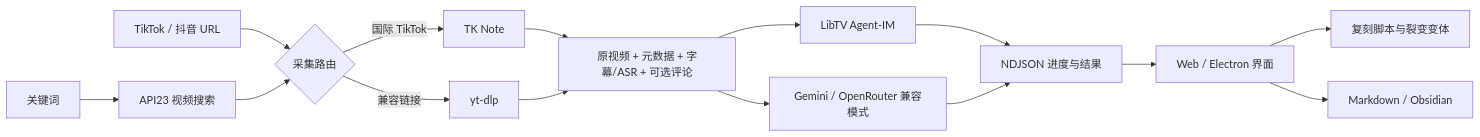
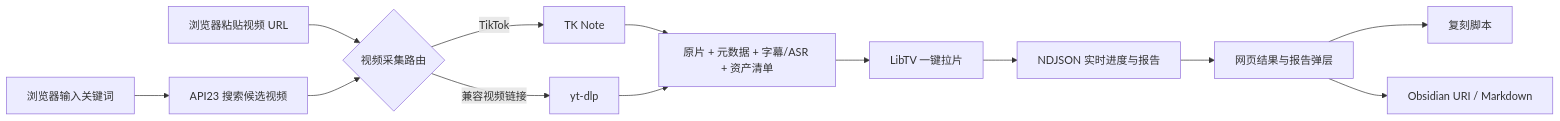
One commit to chongchonghaoman/ViralX changed the diagram in README.md. Above: the diagram before and after it, drawn with Mermaid. The commit also changed other lines of this file and 7 other files, not shown here.

````diff
--- a/README.md
+++ b/README.md
@@ -53,17 +70,15 @@
 ```mermaid
 flowchart LR
-    A[关键词] --> B[API23 视频搜索]
-    U[TikTok / 抖音 URL] --> C{采集路由}
+    A[浏览器输入关键词] --> B[API23 搜索候选视频]
+    U[浏览器粘贴视频 URL] --> C{视频采集路由}
     B --> C
-    C -->|国际 TikTok| D[TK Note]
-    C -->|兼容链接| E[yt-dlp]
-    D --> F[原视频 + 元数据 + 字幕/ASR + 可选评论]
+    C -->|TikTok| D[TK Note]
+    C -->|兼容视频链接| E[yt-dlp]
+    D --> F[原片 + 元数据 + 字幕/ASR + 资产清单]
     E --> F
-    F --> G[LibTV Agent-IM]
-    F --> H[Gemini / OpenRouter 兼容模式]
-    G --> I[NDJSON 进度与结果]
-    H --> I
-    I --> J[Web / Electron 界面]
-    J --> K[复刻脚本与裂变变体]
-    J --> L[Markdown / Obsidian]
+    F --> G[LibTV 一键拉片]
+    G --> H[NDJSON 实时进度与报告]
+    H --> I[网页结果与报告弹层]
+    I --> J[复刻脚本]
+    I --> K[Obsidian URI / Markdown]
 ```
````
